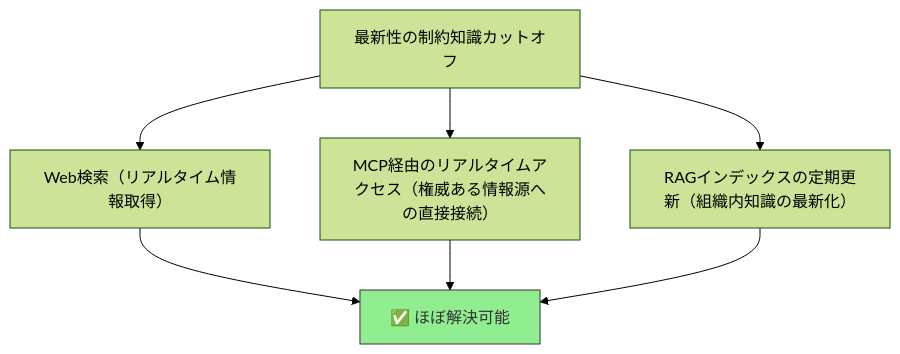
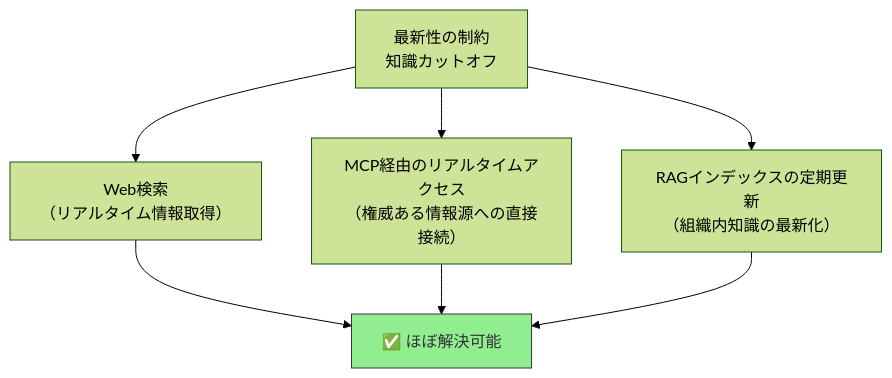
The third of 10 diagrams in docs/ja/concepts/05-solving-ai-limitations.md (shuji-bonji/ai-agent-architecture), drawn with Mermaid (forest theme) before and after one commit. The commit also changed other lines of this file and 8 other files, not shown here.

````diff
--- a/docs/ja/concepts/05-solving-ai-limitations.md
+++ b/docs/ja/concepts/05-solving-ai-limitations.md
@@ -71,14 +71,14 @@
 ```mermaid
 flowchart TB
-    PROBLEM["最新性の制約<bn>知識カットオフ"]
+    PROBLEM["最新性の制約<br>知識カットオフ"]
 
-    PROBLEM --> WEB["Web検索<bn>（リアルタイム情報取得）"]
-    PROBLEM --> MCP_RT["MCP経由のリアルタイムアクセス<bn>（権威ある情報源への直接接続）"]
-    PROBLEM --> RAG_UP["RAGインデックスの定期更新<bn>（組織内知識の最新化）"]
+    PROBLEM --> WEB["Web検索<br>（リアルタイム情報取得）"]
+    PROBLEM --> MCP_RT["MCP経由のリアルタイムアクセス<br>（権威ある情報源への直接接続）"]
+    PROBLEM --> RAG_UP["RAGインデックスの定期更新<br>（組織内知識の最新化）"]
 
     WEB --> EVAL["✅ ほぼ解決可能"]
     MCP_RT --> EVAL
     RAG_UP --> EVAL
 
     style EVAL fill:#90EE90,color:#333,stroke:#333
 ```
````
